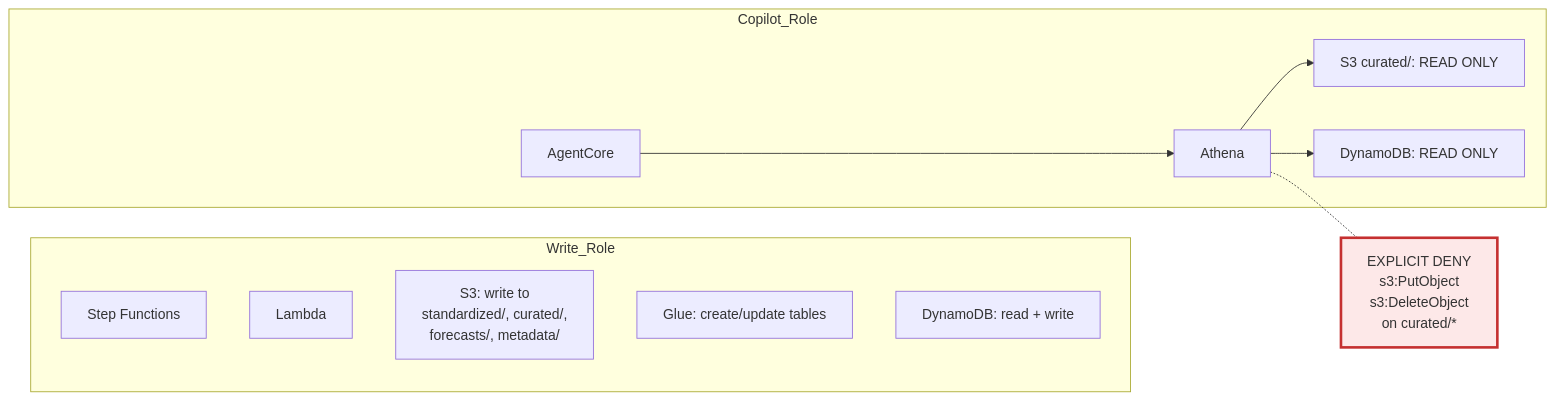
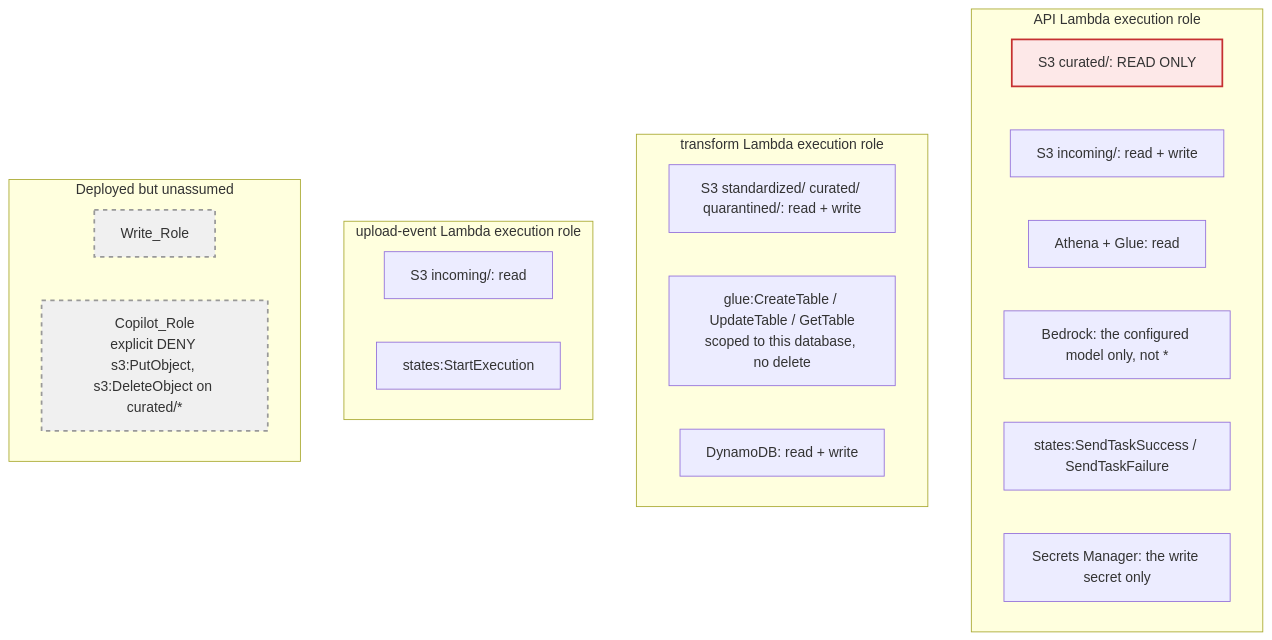
One commit to rexw713ss/aws_smartcity_hackathon changed the fourth of 4 diagrams in docs/aws-architecture.md. Above: the diagram before and after it, drawn with Mermaid. The commit also changed other lines of this file and 1 other file, not shown here.

Commit message:
revised the aws architecture

````diff
--- a/docs/aws-architecture.md
+++ b/docs/aws-architecture.md
@@ -189,27 +183,32 @@
 ```mermaid
-graph LR
-    subgraph Write["Write_Role"]
-        W_SFN["Step Functions"]
-        W_LAMBDA["Lambda"]
-        W_S3["S3: write to<br/>standardized/, curated/,<br/>forecasts/, metadata/"]
-        W_GLUE["Glue: create/update tables"]
-        W_DDB["DynamoDB: read + write"]
+graph TB
+    subgraph ApiRole["API Lambda execution role"]
+        A1["S3 curated/: READ ONLY"]
+        A2["S3 incoming/: read + write"]
+        A3["Athena + Glue: read"]
+        A4["Bedrock: the configured model only, not *"]
+        A5["states:SendTaskSuccess / SendTaskFailure"]
+        A6["Secrets Manager: the write secret only"]
     end
 
-    subgraph Read["Copilot_Role"]
-        R_AGENT["AgentCore"]
-        R_ATHENA["Athena"]
-        R_S3["S3 curated/: READ ONLY"]
-        R_DDB["DynamoDB: READ ONLY"]
+    subgraph XformRole["transform Lambda execution role"]
+        X1["S3 standardized/ curated/ quarantined/: read + write"]
+        X2["glue:CreateTable / UpdateTable / GetTable<br/>scoped to this database, no delete"]
+        X3["DynamoDB: read + write"]
     end
 
-    DENY["EXPLICIT DENY<br/>s3:PutObject<br/>s3:DeleteObject<br/>on curated/*"]
+    subgraph UploadRole["upload-event Lambda execution role"]
+        U1["S3 incoming/: read"]
+        U2["states:StartExecution"]
+    end
 
-    R_ATHENA --> R_S3
-    R_AGENT --> R_ATHENA
-    R_ATHENA --> R_DDB
-    R_ATHENA -.- DENY
+    subgraph Unwired["Deployed but unassumed"]
+        W["Write_Role"]
+        C["Copilot_Role<br/>explicit DENY s3:PutObject, s3:DeleteObject on curated/*"]
+    end
 
-    classDef deny fill:#fde8e8,stroke:#c53030,stroke-width:3px
-    class DENY deny
+    classDef deny fill:#fde8e8,stroke:#c53030,stroke-width:2px
+    classDef idle fill:#f0f0f0,stroke:#999999,stroke-width:2px,stroke-dasharray: 5 5
+    class A1 deny
+    class W,C idle
 ```
````
